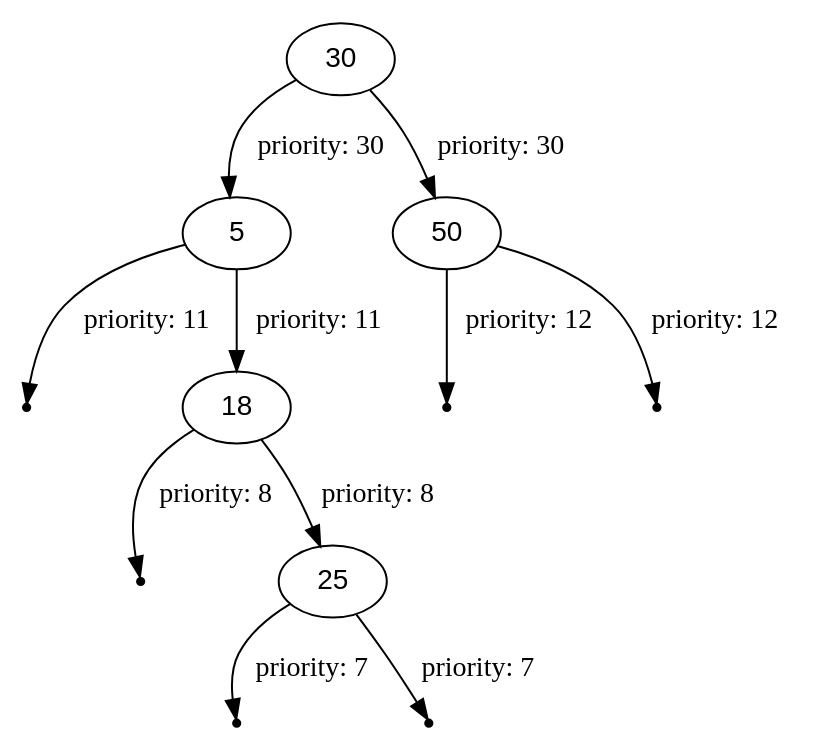
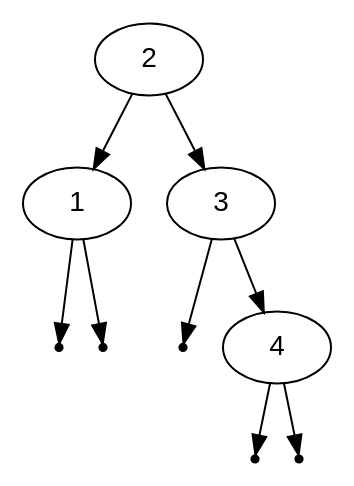
Before and after one commit to NikitaEvs/trees: the diagram in visLib/out/dot/dump4.dot, drawn with Graphviz. The commit also changed 220 other files, not shown here.

```diff
--- a/visLib/out/dot/dump4.dot
+++ b/visLib/out/dot/dump4.dot
@@ -1,19 +1,16 @@
 digraph BinarySearchTree {
     node [fontname = "Arial"];
-    30 -> 5 [label="priority: 30"];
+    2 -> 1;
     null0[shape=point];
-    5 -> null0 [label="priority: 11"];
-    5 -> 18 [label="priority: 11"];
+    1 -> null0;
     null1[shape=point];
-    18 -> null1 [label="priority: 8"];
-    18 -> 25 [label="priority: 8"];
+    1 -> null1;
+    2 -> 3;
     null2[shape=point];
-    25 -> null2 [label="priority: 7"];
+    3 -> null2;
+    3 -> 4;
     null3[shape=point];
-    25 -> null3 [label="priority: 7"];
-    30 -> 50 [label="priority: 30"];
+    4 -> null3;
     null4[shape=point];
-    50 -> null4 [label="priority: 12"];
-    null5[shape=point];
-    50 -> null5 [label="priority: 12"];
+    4 -> null4;
 }
```
